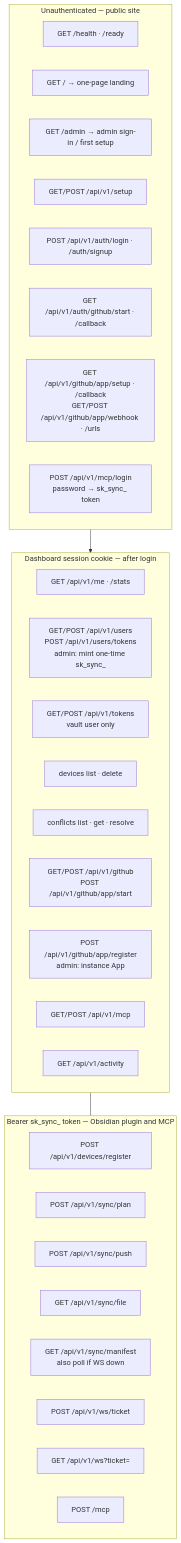
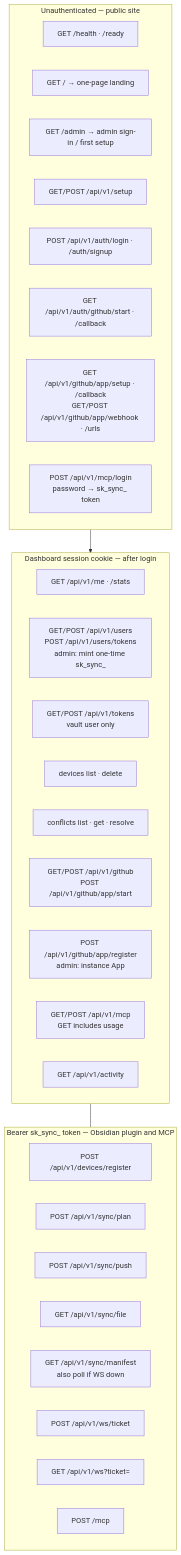
Before and after one commit to shangeethsivan/Syncidian: the third of 13 diagrams in docs/architecture.md, drawn with Mermaid. The commit also changed other lines of this file and 23 other files, not shown here.

First line of the commit message:
Keep MCP notes on GitHub, not the server, and show usage on the dashboard.

````diff
--- a/docs/architecture.md
+++ b/docs/architecture.md
@@ -86,39 +86,39 @@
 ```mermaid
 flowchart TB
   subgraph public [Unauthenticated — public site]
     H["GET /health · /ready"]
     UI["GET /  → one-page landing"]
     AdminUI["GET /admin → admin sign-in / first setup"]
     S1["GET/POST /api/v1/setup"]
     L["POST /api/v1/auth/login · /auth/signup"]
     GHO["GET /api/v1/auth/github/start · /callback"]
     AppPub["GET /api/v1/github/app/setup · /callback<br/>GET/POST /api/v1/github/app/webhook · /urls"]
     MCPLogin["POST /api/v1/mcp/login<br/>password → sk_sync_ token"]
   end
 
   subgraph session [Dashboard session cookie — after login]
     Me["GET /api/v1/me · /stats"]
     Users["GET/POST /api/v1/users<br/>POST /api/v1/users/tokens<br/>admin: mint one-time sk_sync_"]
     Tokens["GET/POST /api/v1/tokens<br/>vault user only"]
     Dev["devices list · delete"]
     Conf["conflicts list · get · resolve"]
     GH["GET/POST /api/v1/github<br/>POST /api/v1/github/app/start"]
     AppAdm["POST /api/v1/github/app/register<br/>admin: instance App"]
-    MCPCfg["GET/POST /api/v1/mcp"]
+    MCPCfg["GET/POST /api/v1/mcp<br/>GET includes usage"]
     Act["GET /api/v1/activity"]
   end
 
   subgraph plugin [Bearer sk_sync_ token — Obsidian plugin and MCP]
     Reg["POST /api/v1/devices/register"]
     Plan["POST /api/v1/sync/plan"]
     Push["POST /api/v1/sync/push"]
     File["GET /api/v1/sync/file"]
     Man["GET /api/v1/sync/manifest<br/>also poll if WS down"]
     Ticket["POST /api/v1/ws/ticket"]
     Sock["GET /api/v1/ws?ticket="]
     MCP["POST /mcp"]
   end
 
   public --> session
   session --- plugin
 ```
````
